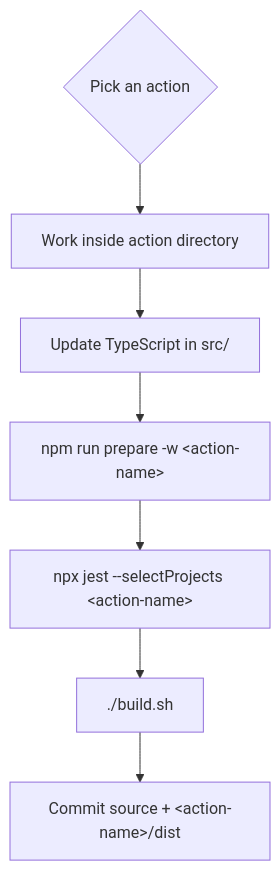
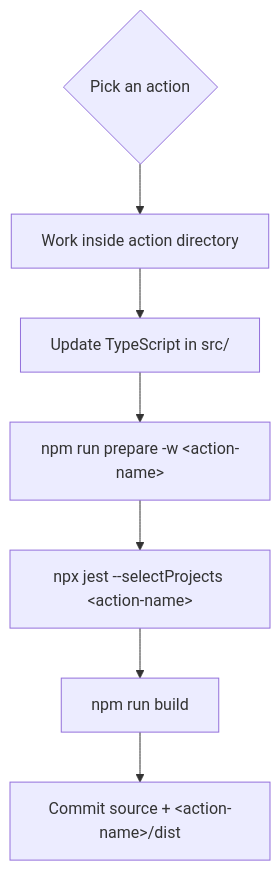
One commit to alandefreitas/cpp-actions changed the diagram in docs/modules/ROOT/pages/contribute.adoc. Above: the diagram before and after it, drawn with Mermaid. The commit also changed other lines of this file and 69 other files, not shown here.

```diff
--- a/docs/modules/ROOT/pages/contribute.adoc
+++ b/docs/modules/ROOT/pages/contribute.adoc
@@ -16,12 +16,12 @@
 [mermaid, width=100%]
 ....
 flowchart TD
   decide{Pick an action}
   scope[Work inside action directory]
   edit[Update TypeScript in src/]
   localBuild["npm run prepare -w &lt;action-name&gt;"]
   localTest["npx jest --selectProjects &lt;action-name&gt;"]
-  repoTest["./build.sh"]
+  repoTest["npm run build"]
   commit["Commit source + &lt;action-name&gt;/dist"]
   decide --> scope --> edit --> localBuild --> localTest --> repoTest --> commit
 ....
```
